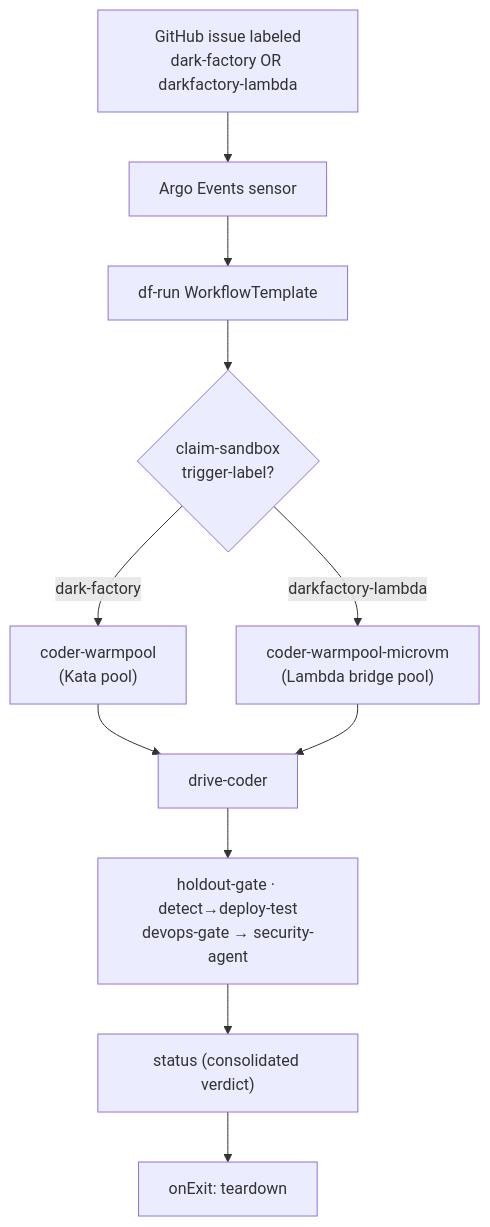
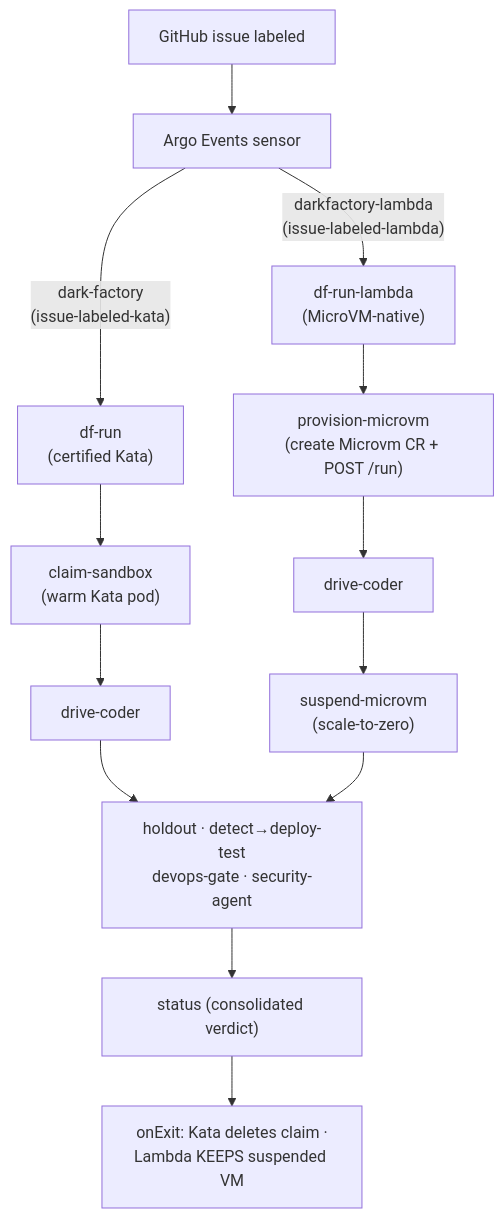
Before and after one commit to aws-samples/sample-open-agentic-platform: the first of 5 diagrams in docs/dark-factory/SUBSTRATE-DIAGRAMS.md, drawn with Mermaid. The commit also changed other lines of this file and 1 other file, not shown here.

First line of the commit message:
docs(flow-d): update benchmark + diagrams for separate df-run-lambda

````diff
--- a/docs/dark-factory/SUBSTRATE-DIAGRAMS.md
+++ b/docs/dark-factory/SUBSTRATE-DIAGRAMS.md
@@ -13,13 +13,13 @@
 ```mermaid
 flowchart TD
-    ISSUE["GitHub issue labeled<br/>dark-factory OR darkfactory-lambda"] --> SENSOR["Argo Events sensor"]
-    SENSOR --> DFRUN["df-run WorkflowTemplate"]
-    DFRUN --> CLAIM{"claim-sandbox<br/>trigger-label?"}
-    CLAIM -->|dark-factory| KP["coder-warmpool<br/>(Kata pool)"]
-    CLAIM -->|darkfactory-lambda| LP["coder-warmpool-microvm<br/>(Lambda bridge pool)"]
-    KP --> CODE["drive-coder"]
-    LP --> CODE
-    CODE --> GATES["holdout-gate · detect→deploy-test<br/>devops-gate → security-agent"]
+    ISSUE["GitHub issue labeled"] --> SENSOR["Argo Events sensor"]
+    SENSOR -->|"dark-factory<br/>(issue-labeled-kata)"| DFRUN["df-run<br/>(certified Kata)"]
+    SENSOR -->|"darkfactory-lambda<br/>(issue-labeled-lambda)"| DFRUNL["df-run-lambda<br/>(MicroVM-native)"]
+    DFRUN --> KCLAIM["claim-sandbox<br/>(warm Kata pod)"] --> KCODE["drive-coder"]
+    DFRUNL --> PROV["provision-microvm<br/>(create Microvm CR + POST /run)"] --> LCODE["drive-coder"]
+    LCODE --> SUSP["suspend-microvm<br/>(scale-to-zero)"]
+    KCODE --> GATES["holdout · detect→deploy-test<br/>devops-gate · security-agent"]
+    SUSP --> GATES
     GATES --> STATUS["status (consolidated verdict)"]
-    STATUS --> EXIT["onExit: teardown"]
+    STATUS --> EXIT["onExit: Kata deletes claim ·<br/>Lambda KEEPS suspended VM"]
 ```
````
